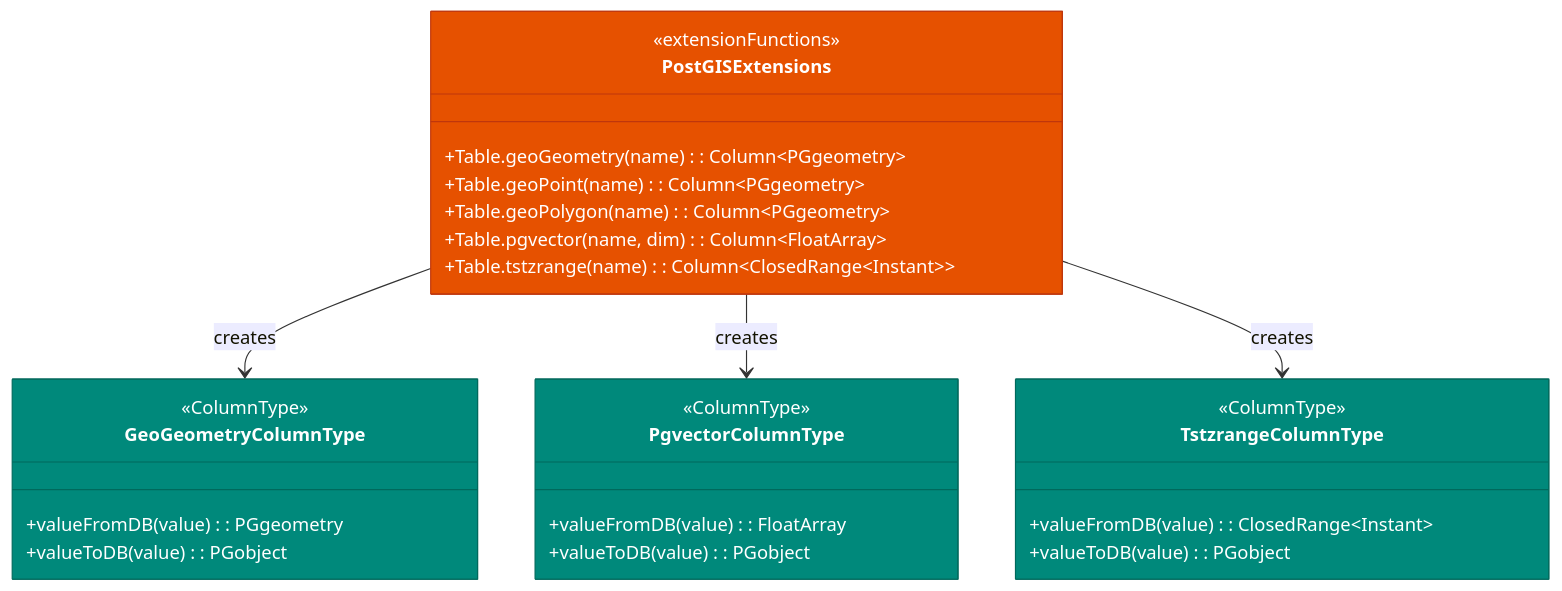
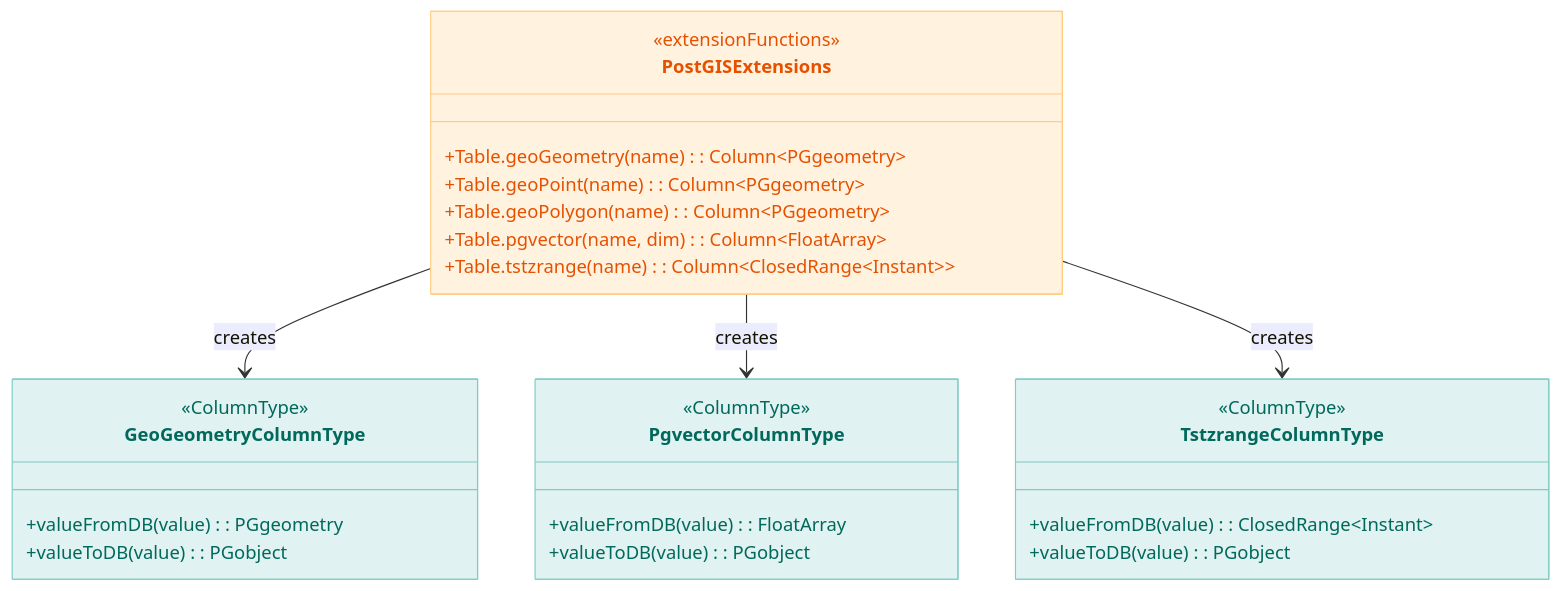
One commit to bluetape4k/bluetape4k-projects changed the second of 2 diagrams in data/exposed-postgresql/README.ko.md. Above: the diagram before and after it, drawn with Mermaid. The commit also changed other lines of this file and 219 other files, not shown here.

First line of the commit message:
docs: 전체 README Mermaid 다이어그램 가이드 적용

````diff
--- a/data/exposed-postgresql/README.ko.md
+++ b/data/exposed-postgresql/README.ko.md
@@ -41,35 +41,35 @@
 ```mermaid
 classDiagram
     direction TB
     class GeoGeometryColumnType {
         <<ColumnType>>
         +valueFromDB(value): PGgeometry
         +valueToDB(value): PGobject
     }
     class PgvectorColumnType {
         <<ColumnType>>
         +valueFromDB(value): FloatArray
         +valueToDB(value): PGobject
     }
     class TstzrangeColumnType {
         <<ColumnType>>
         +valueFromDB(value): ClosedRange~Instant~
         +valueToDB(value): PGobject
     }
     class PostGISExtensions {
         <<extensionFunctions>>
         +Table.geoGeometry(name): Column~PGgeometry~
         +Table.geoPoint(name): Column~PGgeometry~
         +Table.geoPolygon(name): Column~PGgeometry~
         +Table.pgvector(name, dim): Column~FloatArray~
         +Table.tstzrange(name): Column~ClosedRange~Instant~~
     }
     PostGISExtensions --> GeoGeometryColumnType : creates
     PostGISExtensions --> PgvectorColumnType : creates
     PostGISExtensions --> TstzrangeColumnType : creates
 
-    style GeoGeometryColumnType fill:#00897B,stroke:#00695C,color:#FFFFFF
-    style PgvectorColumnType fill:#00897B,stroke:#00695C,color:#FFFFFF
-    style TstzrangeColumnType fill:#00897B,stroke:#00695C,color:#FFFFFF
-    style PostGISExtensions fill:#E65100,stroke:#BF360C,color:#FFFFFF
+    style GeoGeometryColumnType fill:#E0F2F1,stroke:#80CBC4,color:#00695C
+    style PgvectorColumnType fill:#E0F2F1,stroke:#80CBC4,color:#00695C
+    style TstzrangeColumnType fill:#E0F2F1,stroke:#80CBC4,color:#00695C
+    style PostGISExtensions fill:#FFF3E0,stroke:#FFCC80,color:#E65100
 ```
````
